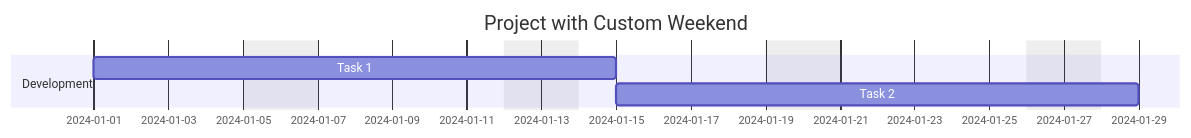
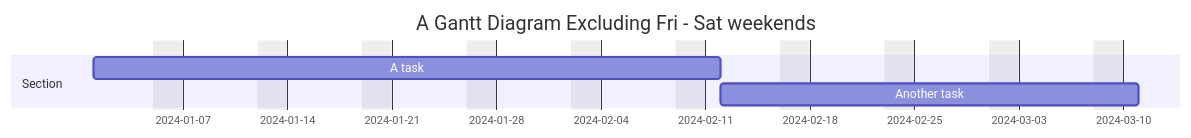
One commit to teachingai/full-stack-skills changed the fifth of 12 diagrams in skills/mermaid/examples/gantt.md. Above: the diagram before and after it, drawn with Mermaid. The commit also changed other lines of this file and 1 other file, not shown here.

First line of the commit message:
docs(mermaid): 更新甘特图和Git图表示例文档

````diff
--- a/skills/mermaid/examples/gantt.md
+++ b/skills/mermaid/examples/gantt.md
@@ -90,10 +105,10 @@
 ```mermaid
 gantt
-    title Project with Custom Weekend
+    title A Gantt Diagram Excluding Fri - Sat weekends
     dateFormat YYYY-MM-DD
     excludes weekends
     weekend friday
-    section Development
-    Task 1 :task1, 2024-01-01, 10d
-    Task 2 :task2, after task1, 10d
+    section Section
+        A task          :a1, 2024-01-01, 30d
+        Another task    :after a1, 20d
 ```
````
